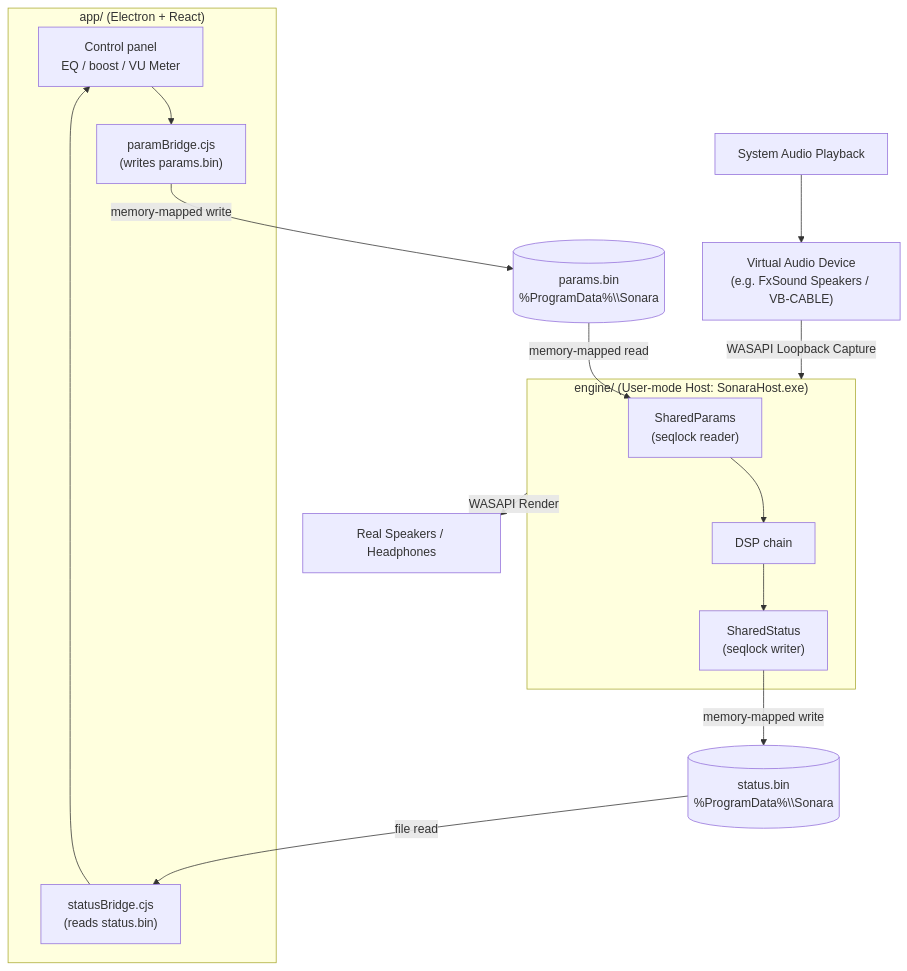
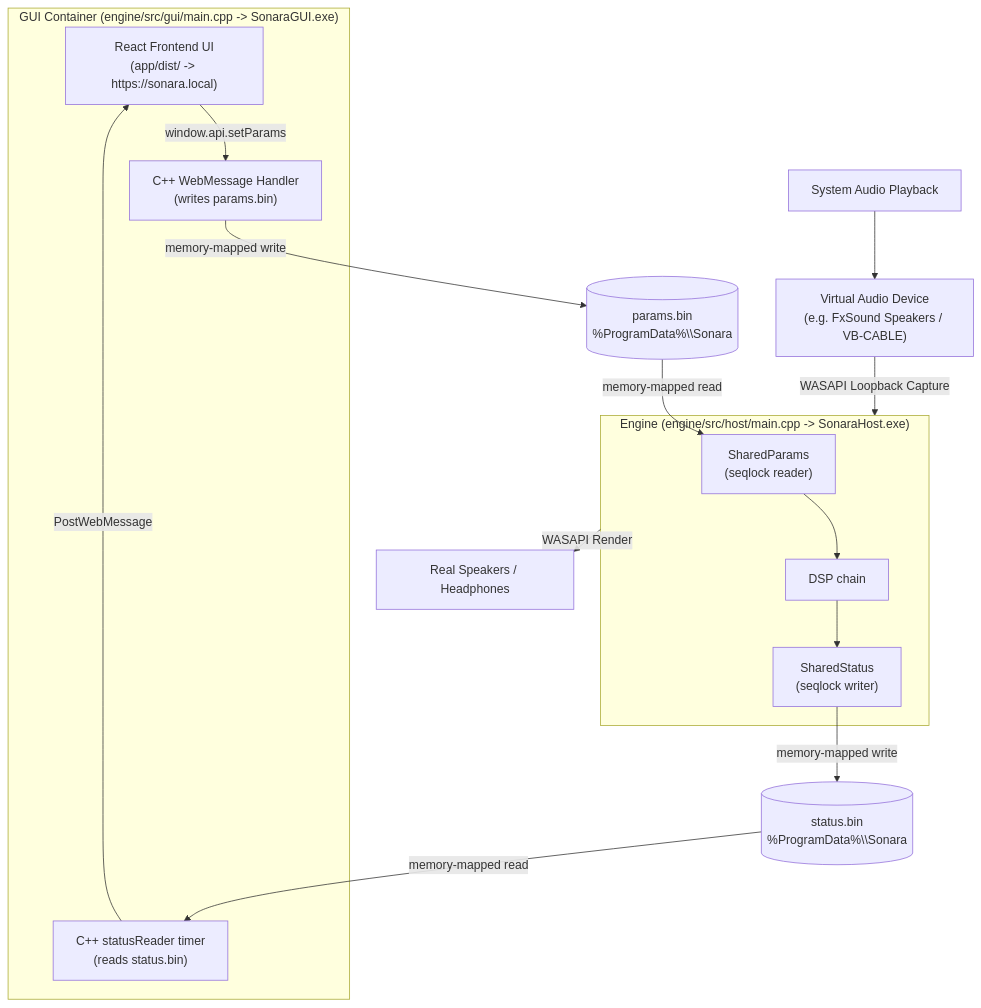
Before and after one commit to islamdev96/Sonara: the diagram in docs/ARCHITECTURE.md, drawn with Mermaid. The commit also changed other lines of this file and 51 other files, not shown here.

Commit message:
Migrate from Electron to native C++ WebView2, clean up legacy assets, align UI layout, and integrate custom application icon

````diff
--- a/docs/ARCHITECTURE.md
+++ b/docs/ARCHITECTURE.md
@@ -7,30 +5,30 @@
 ```mermaid
 flowchart TD
-    subgraph App["app/ (Electron + React)"]
-        UI["Control panel\nEQ / boost / VU Meter"]
-        Bridge["paramBridge.cjs\n(writes params.bin)"]
-        StatusBridge["statusBridge.cjs\n(reads status.bin)"]
-        UI --> Bridge
-        StatusBridge --> UI
+    subgraph GUI["GUI Container (engine/src/gui/main.cpp -> SonaraGUI.exe)"]
+        UI["React Frontend UI\n(app/dist/ -> https://sonara.local)"]
+        Bridge["C++ WebMessage Handler\n(writes params.bin)"]
+        StatusBridge["C++ statusReader timer\n(reads status.bin)"]
+        UI -- "window.api.setParams" --> Bridge
+        StatusBridge -- "PostWebMessage" --> UI
     end
 
     Params[("params.bin\n%ProgramData%\\Sonara")]
     Status[("status.bin\n%ProgramData%\\Sonara")]
     Bridge -- "memory-mapped write" --> Params
-    Status -- "file read" --> StatusBridge
+    Status -- "memory-mapped read" --> StatusBridge
 
-    subgraph Host["engine/ (User-mode Host: SonaraHost.exe)"]
+    subgraph Host["Engine (engine/src/host/main.cpp -> SonaraHost.exe)"]
         Shared["SharedParams\n(seqlock reader)"]
         SharedStatus["SharedStatus\n(seqlock writer)"]
         Chain["DSP chain"]
         Shared --> Chain
         Chain --> SharedStatus
     end
 
     Params -- "memory-mapped read" --> Shared
     SharedStatus -- "memory-mapped write" --> Status
     
     AudioIn["System Audio Playback"] --> VAD["Virtual Audio Device\n(e.g. FxSound Speakers / VB-CABLE)"]
     VAD -- "WASAPI Loopback Capture" --> Host
     Host -- "WASAPI Render" --> Out["Real Speakers / Headphones"]
 ```
````
